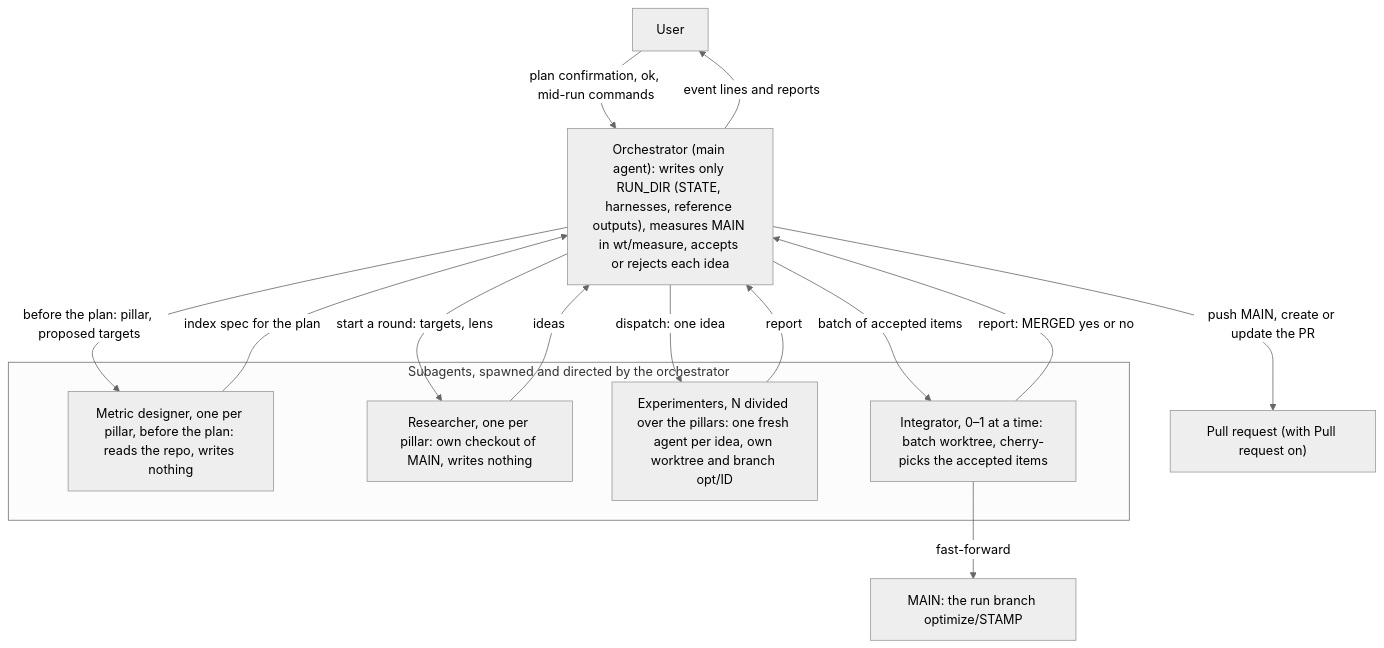
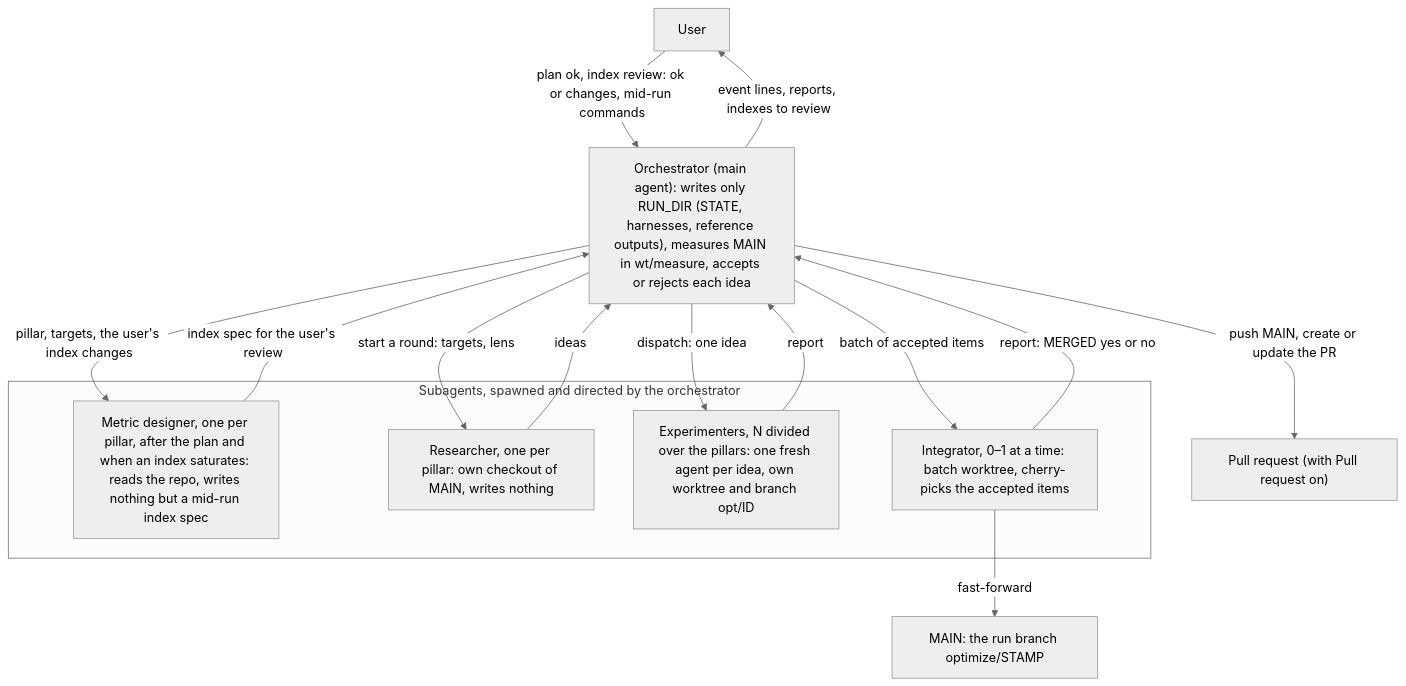
One commit to prucsakos/claude-code-tools changed the diagram in README.md. Above: the diagram before and after it, drawn with Mermaid (neutral theme). The commit also changed 2 other files, not shown here.

Commit message:
Index review: the user reviews each pillar index before the run starts and each mid-run re-design before it is used
Metric designers now run after the plan's ok, on the confirmed pillars, targets and CORRECT_CMD. Their indexes are shown in an index review; the user replies ok or names changes. A weight change or `no index <Pillar>` is applied directly; any other change goes back to the designer as its new REVISE input. A mid-run re-design waits for `use <Pillar> v<n+1>` or `keep <Pillar> v<n>` while the run goes on under v<n>; the base and the retired limits are measured at the switch. Advanced value Index review (default on); off restores the old behavior.

````diff
--- a/README.md
+++ b/README.md
@@ -130,25 +130,25 @@
 ```mermaid
 flowchart TD
     U["User"]
     O["Orchestrator (main agent): writes only RUN_DIR (STATE, harnesses, reference outputs), measures MAIN in wt/measure, accepts or rejects each idea"]
     subgraph S["Subagents, spawned and directed by the orchestrator"]
-        D["Metric designer, one per pillar, before the plan: reads the repo, writes nothing"]
+        D["Metric designer, one per pillar, after the plan and when an index saturates: reads the repo, writes nothing but a mid-run index spec"]
         R["Researcher, one per pillar: own checkout of MAIN, writes nothing"]
         E["Experimenters, N divided over the pillars: one fresh agent per idea, own worktree and branch opt/ID"]
         I["Integrator, 0–1 at a time: batch worktree, cherry-picks the accepted items"]
     end
     M["MAIN: the run branch optimize/STAMP"]
     P["Pull request (with Pull request on)"]
-    U -->|"plan confirmation, ok, mid-run commands"| O
-    O -->|"event lines and reports"| U
-    O -->|"before the plan: pillar, proposed targets"| D
-    D -->|"index spec for the plan"| O
+    U -->|"plan ok, index review: ok or changes, mid-run commands"| O
+    O -->|"event lines, reports, indexes to review"| U
+    O -->|"pillar, targets, the user's index changes"| D
+    D -->|"index spec for the user's review"| O
     O -->|"start a round: targets, lens"| R
     R -->|"ideas"| O
     O -->|"dispatch: one idea"| E
     E -->|"report"| O
     O -->|"batch of accepted items"| I
     I -->|"report: MERGED yes or no"| O
     I -->|"fast-forward"| M
     O -->|"push MAIN, create or update the PR"| P
 ```
````
